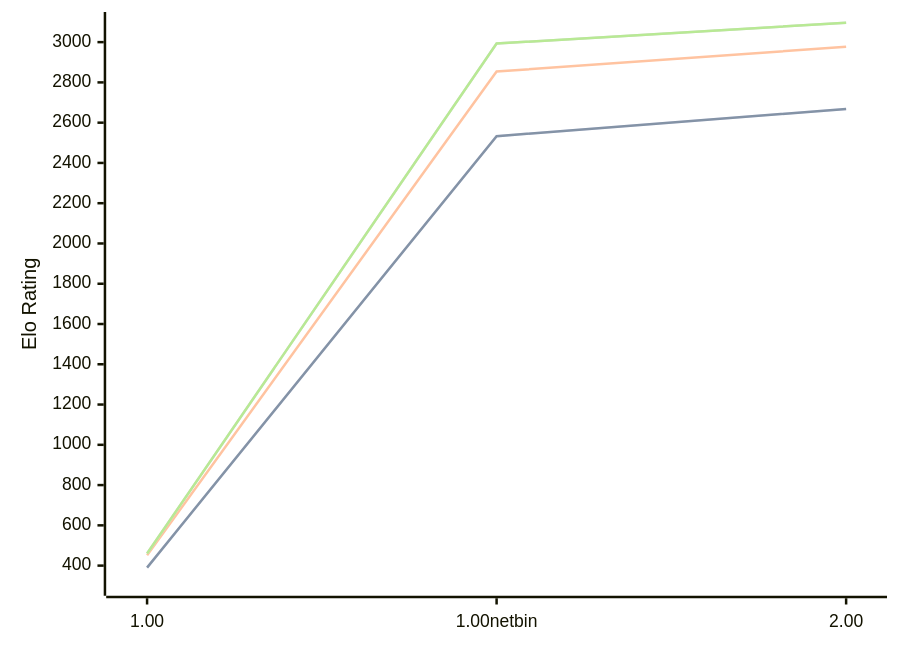
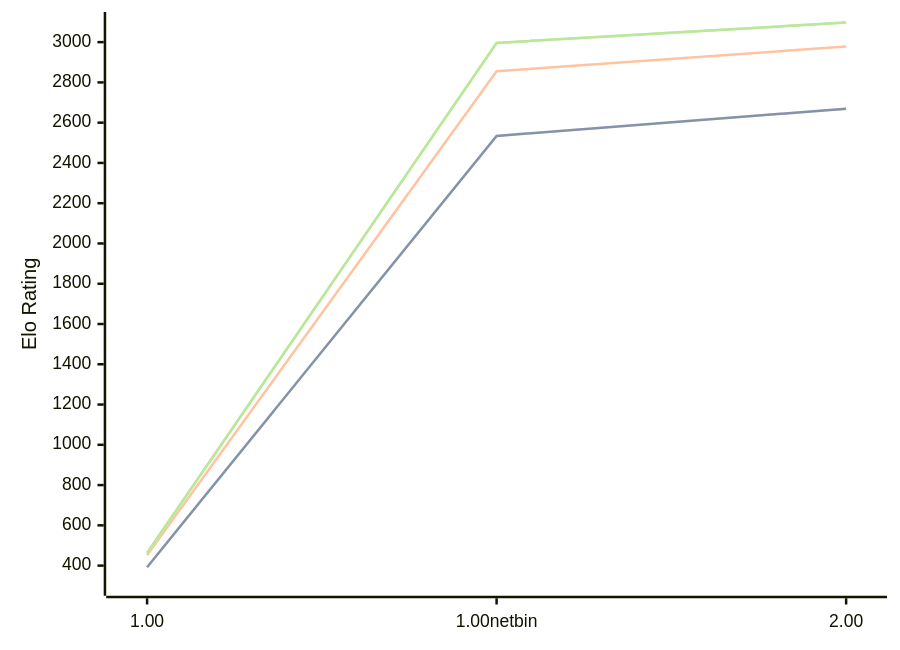
One commit to computer-chess-index/cci changed the diagram in engines/Gilipol.md. Above: the diagram before and after it, drawn with Mermaid. The commit also changed other lines of this file, not shown here.

Commit message:
Update CCI Ratings (ELO VLTC) - 2026-08-09

````diff
--- a/engines/Gilipol.md
+++ b/engines/Gilipol.md
@@ -33,11 +33,11 @@
 ```mermaid
 %%{init: {"theme":"base","themeVariables":{"seriesColors:['#a3a3a3','#222221','#faa371']}}}%%
 xychart-beta
   x-axis ["1.00", "1.00netbin", "2.00"]
   y-axis "Elo Rating" 300 --> 3100
-  line "STC (8.0+0.08s)" [390, 2533, 2668]
-  line "STC (8.0+0.08s)" [390, 2533, 2668]
-  line "LTC (60.0+0.60s)" [451, 2854, 2977]
-  line "VLTC (2m24s+1.12s)" [460, 2993, 3096]
-  line "VLTC (2m24s+1.12s)" [460, 2993, 3096]
+  line "STC (8.0+0.08s)" [392, 2534, 2669]
+  line "STC (8.0+0.08s)" [392, 2534, 2669]
+  line "LTC (60.0+0.60s)" [452, 2855, 2978]
+  line "VLTC (2m24s+1.12s)" [463, 2996, 3097]
+  line "VLTC (2m24s+1.12s)" [463, 2996, 3097]
 ```
````
